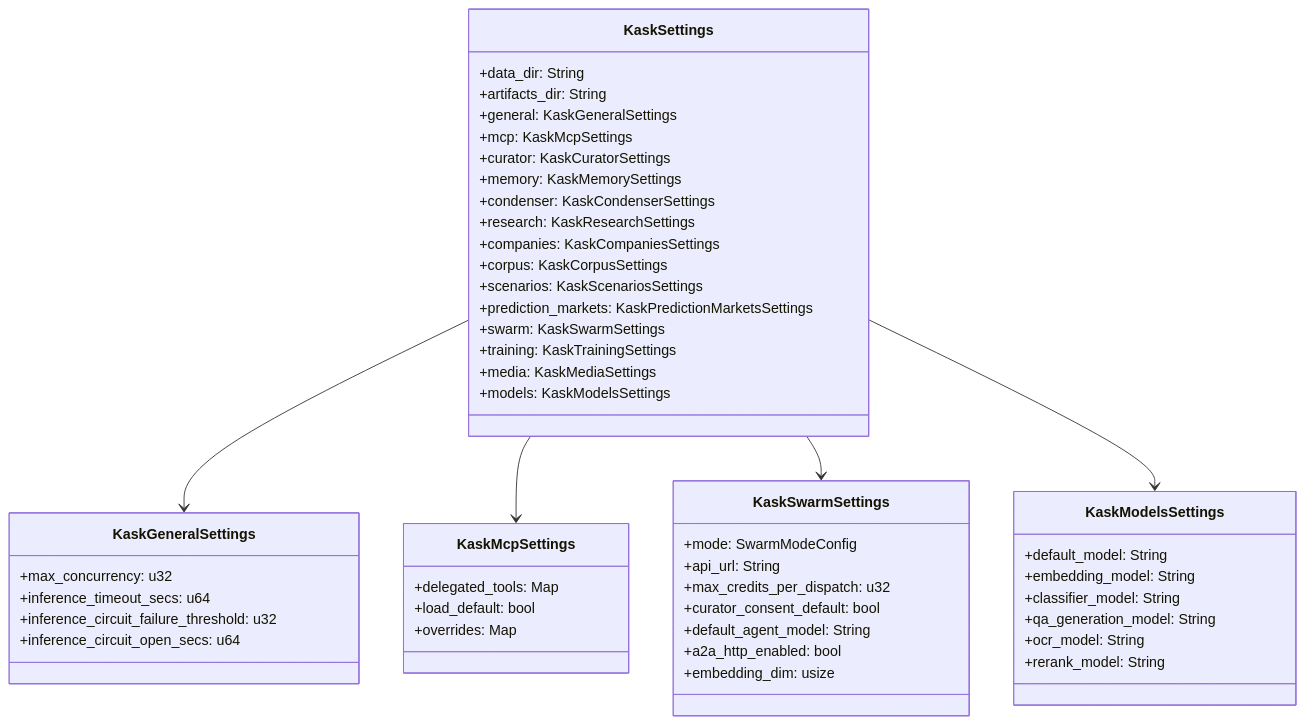
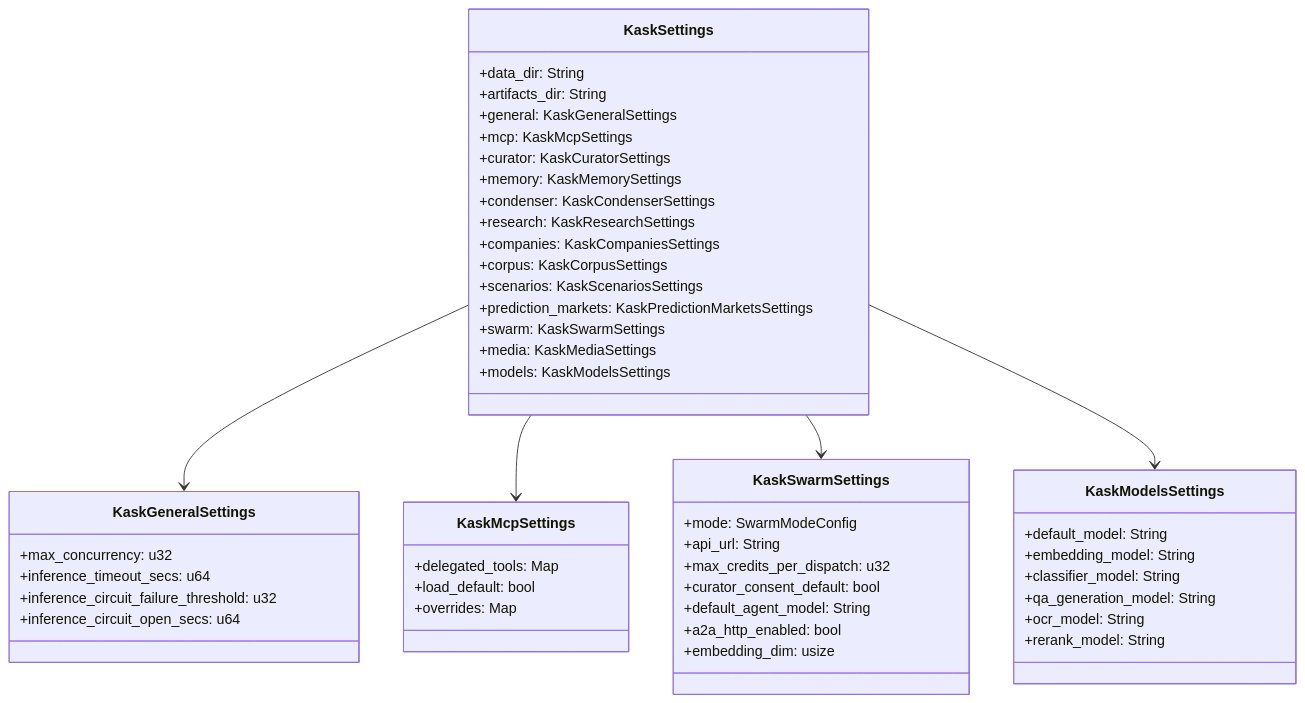
One commit to mdz-axo/zed-kask changed the first of 3 diagrams in kask/docs/diataxis/kask_bridge/reference.md. Above: the diagram before and after it, drawn with Mermaid. The commit also changed other lines of this file and 125 other files, not shown here.

````diff
--- a/kask/docs/diataxis/kask_bridge/reference.md
+++ b/kask/docs/diataxis/kask_bridge/reference.md
@@ -44,53 +44,52 @@
 ```mermaid
 classDiagram
     class KaskSettings {
         +data_dir: String
         +artifacts_dir: String
         +general: KaskGeneralSettings
         +mcp: KaskMcpSettings
         +curator: KaskCuratorSettings
         +memory: KaskMemorySettings
         +condenser: KaskCondenserSettings
         +research: KaskResearchSettings
         +companies: KaskCompaniesSettings
         +corpus: KaskCorpusSettings
         +scenarios: KaskScenariosSettings
         +prediction_markets: KaskPredictionMarketsSettings
         +swarm: KaskSwarmSettings
-        +training: KaskTrainingSettings
         +media: KaskMediaSettings
         +models: KaskModelsSettings
     }
     class KaskGeneralSettings {
         +max_concurrency: u32
         +inference_timeout_secs: u64
         +inference_circuit_failure_threshold: u32
         +inference_circuit_open_secs: u64
     }
     class KaskMcpSettings {
         +delegated_tools: Map
         +load_default: bool
         +overrides: Map
     }
     class KaskSwarmSettings {
         +mode: SwarmModeConfig
         +api_url: String
         +max_credits_per_dispatch: u32
         +curator_consent_default: bool
         +default_agent_model: String
         +a2a_http_enabled: bool
         +embedding_dim: usize
     }
     class KaskModelsSettings {
         +default_model: String
         +embedding_model: String
         +classifier_model: String
         +qa_generation_model: String
         +ocr_model: String
         +rerank_model: String
     }
     KaskSettings --> KaskGeneralSettings
     KaskSettings --> KaskMcpSettings
     KaskSettings --> KaskSwarmSettings
     KaskSettings --> KaskModelsSettings
 ```
````
